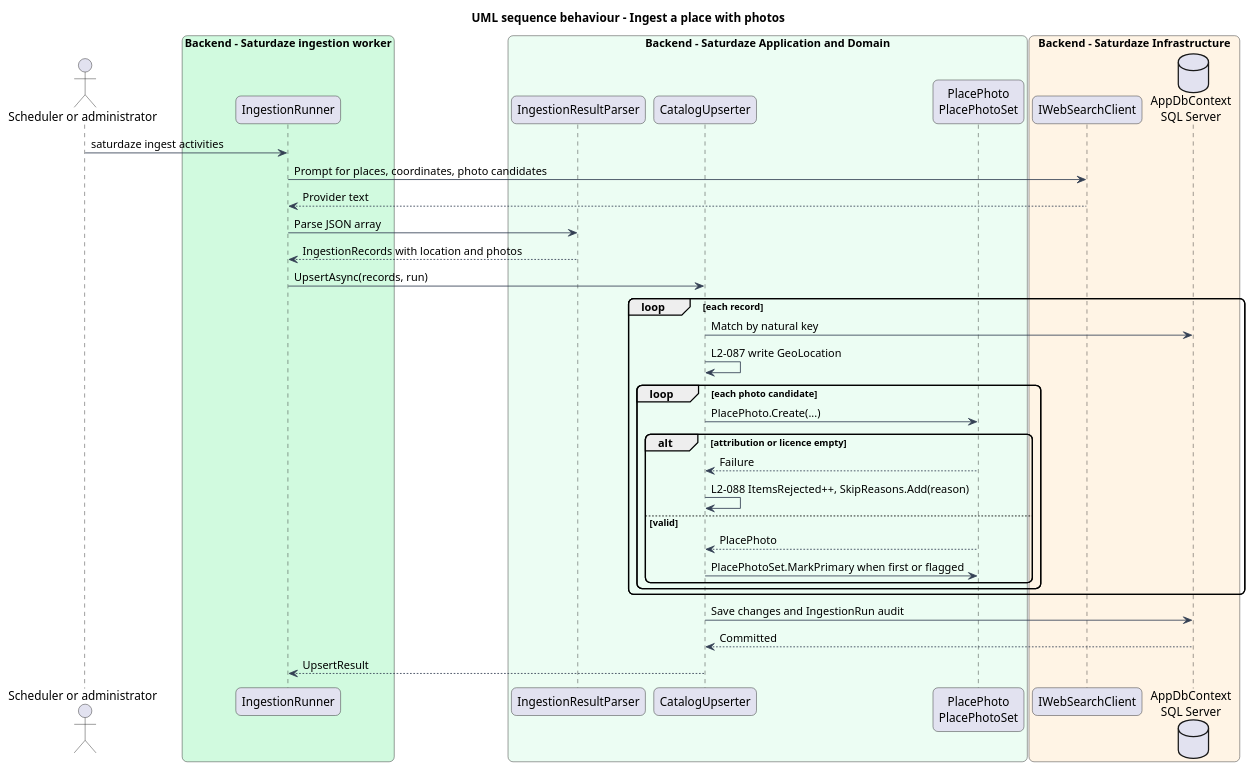
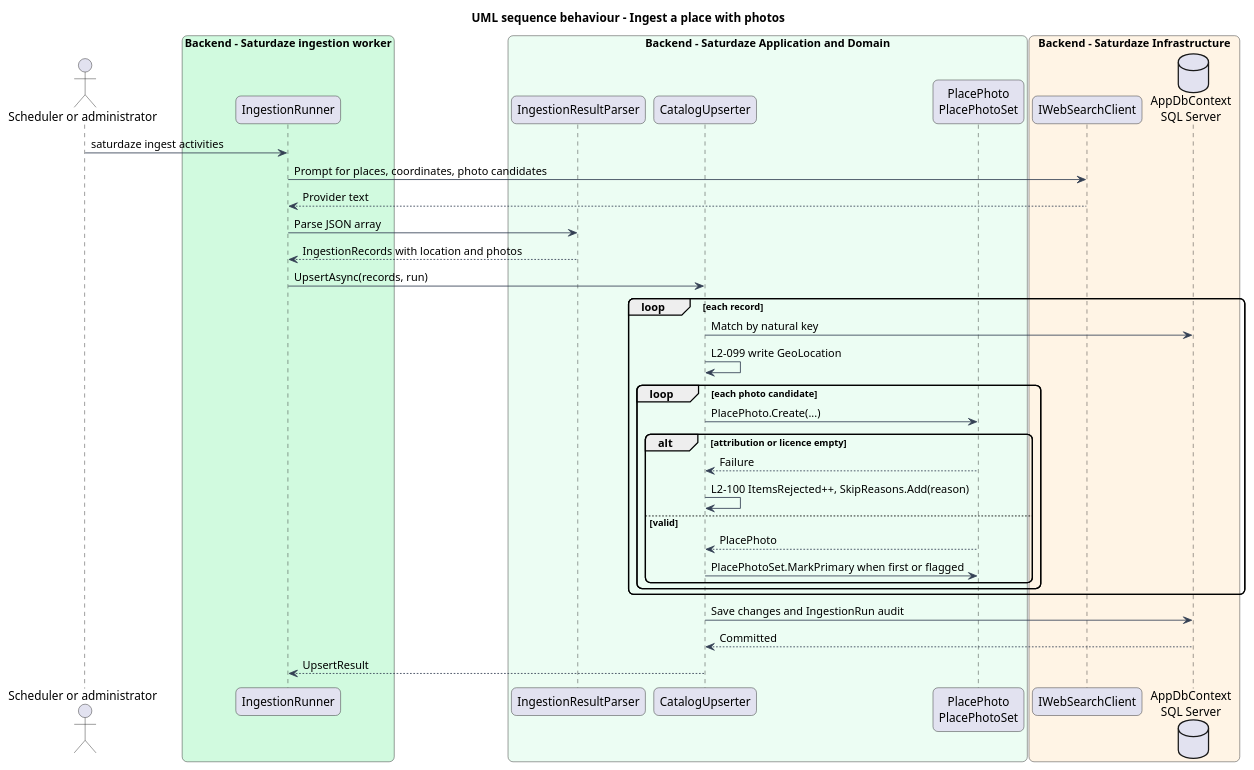
Before and after one commit to QuinntyneBrown/saturdaze: the diagram in docs/detailed-designs/discovery/store-place-location-and-imagery/diagrams/sequence-ingest.puml, drawn with PlantUML. The commit also changed 164 other files, not shown here.

```diff
--- a/docs/detailed-designs/discovery/store-place-location-and-imagery/diagrams/sequence-ingest.puml
+++ b/docs/detailed-designs/discovery/store-place-location-and-imagery/diagrams/sequence-ingest.puml
@@ -1,44 +1,44 @@
 @startuml
 title UML sequence behaviour - Ingest a place with photos
 skinparam backgroundColor #FFFFFF
 skinparam shadowing false
 skinparam roundcorner 12
 skinparam defaultFontName Arial
 skinparam ArrowColor #344054
 actor "Scheduler or administrator" as actor
 box "Backend - Saturdaze ingestion worker" #D1FADF
  participant "IngestionRunner" as runner
 end box
 box "Backend - Saturdaze Application and Domain" #ECFDF3
  participant "IngestionResultParser" as parser
  participant "CatalogUpserter" as upserter
  participant "PlacePhoto\nPlacePhotoSet" as photo
 end box
 box "Backend - Saturdaze Infrastructure" #FFF4E5
  participant "IWebSearchClient" as search
  database "AppDbContext\nSQL Server" as db
 end box
 actor -> runner : saturdaze ingest activities
 runner -> search : Prompt for places, coordinates, photo candidates
 search --> runner : Provider text
 runner -> parser : Parse JSON array
 parser --> runner : IngestionRecords with location and photos
 runner -> upserter : UpsertAsync(records, run)
 loop each record
  upserter -> db : Match by natural key
- upserter -> upserter : L2-087 write GeoLocation
+ upserter -> upserter : L2-099 write GeoLocation
  loop each photo candidate
   upserter -> photo : PlacePhoto.Create(...)
   alt attribution or licence empty
    photo --> upserter : Failure
-   upserter -> upserter : L2-088 ItemsRejected++, SkipReasons.Add(reason)
+   upserter -> upserter : L2-100 ItemsRejected++, SkipReasons.Add(reason)
   else valid
    photo --> upserter : PlacePhoto
    upserter -> photo : PlacePhotoSet.MarkPrimary when first or flagged
   end
  end
 end
 upserter -> db : Save changes and IngestionRun audit
 db --> upserter : Committed
 upserter --> runner : UpsertResult
 @enduml
```
